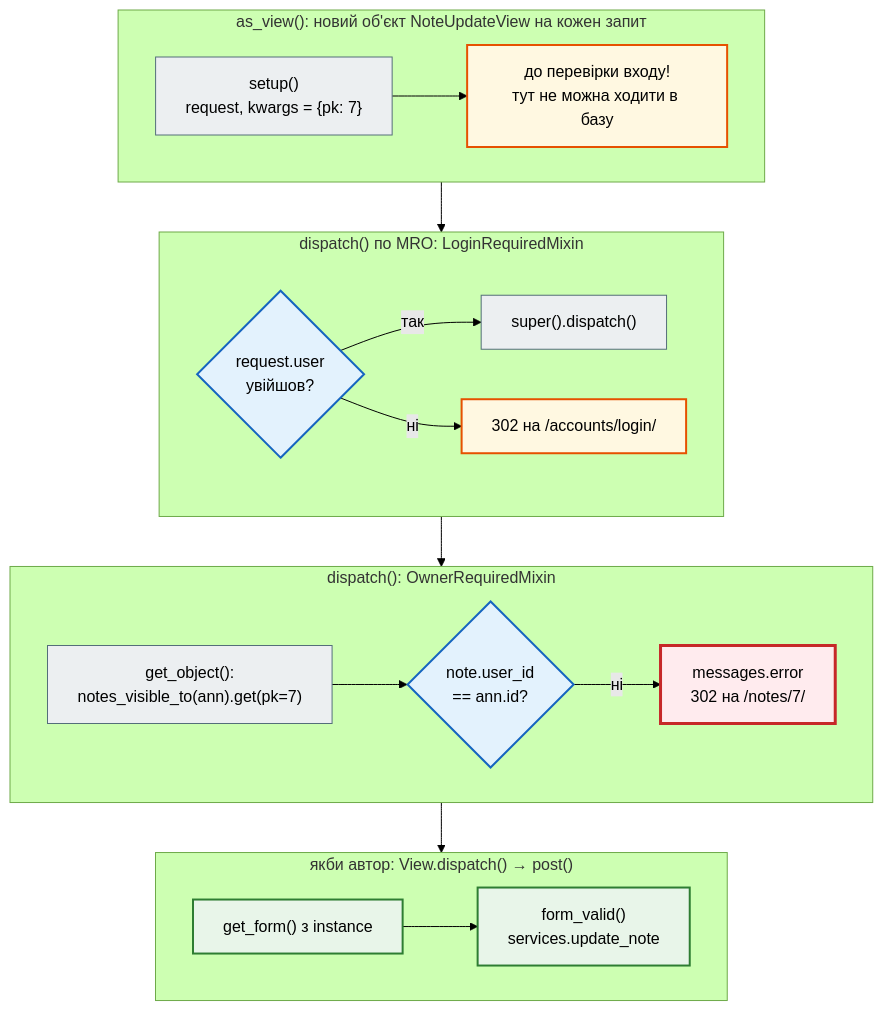
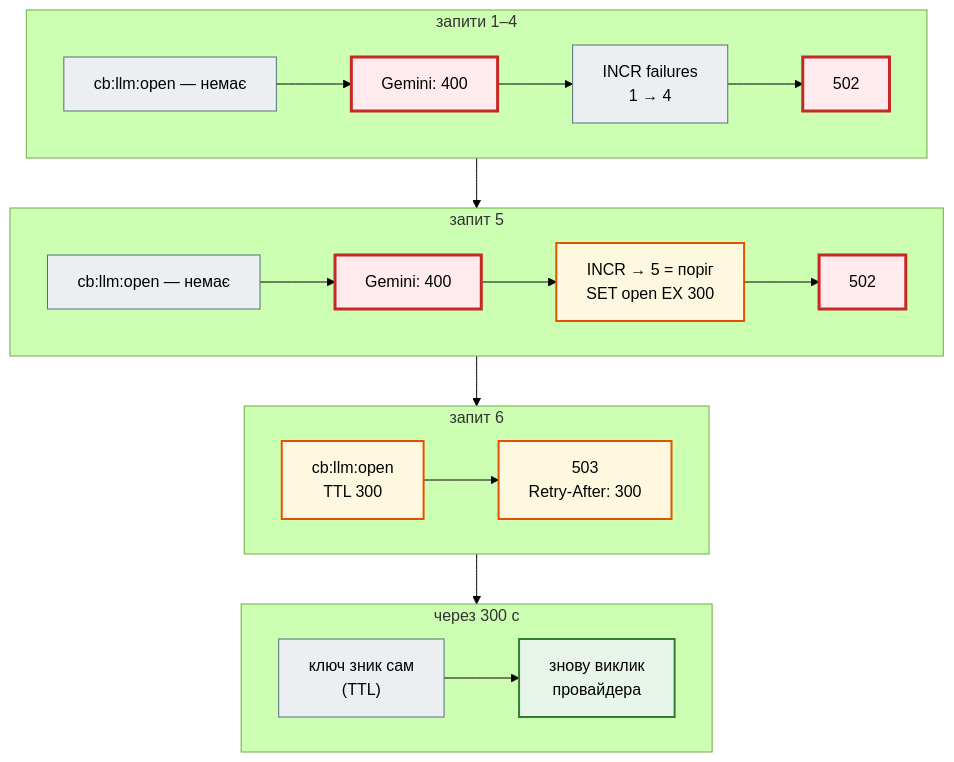
The fourth of 8 diagrams in docs/modules/m4/lesson_44.md (AlinaRadchenko/PY-Course-Victor-Nikoriak-22-09-2026), drawn with Mermaid (forest theme) before and after one commit. The commit also changed other lines of this file and 1846 other files, not shown here.

````diff
--- a/docs/modules/m4/lesson_44.md
+++ b/docs/modules/m4/lesson_44.md
@@ -337,37 +533,34 @@
 ```mermaid
 flowchart TD
     classDef step     fill:#eceff1,stroke:#546e7a,stroke-width:1px;
     classDef decision fill:#e3f2fd,stroke:#1565c0,stroke-width:2px;
     classDef success  fill:#e8f5e9,stroke:#2e7d32,stroke-width:2px;
     classDef error    fill:#ffebee,stroke:#c62828,stroke-width:3px;
     classDef warning  fill:#fff8e1,stroke:#e65100,stroke-width:2px;
 
-    subgraph S1["as_view(): новий об'єкт NoteUpdateView на кожен запит"]
+    subgraph Q1["запити 1–4"]
         direction LR
-        a1["setup()<br>request, kwargs = {pk: 7}"] --> a2["до перевірки входу!<br>тут не можна ходити в базу"]
+        c1["cb:llm:open — немає"] --> g1["Gemini: 400"] --> f1["INCR failures<br>1 → 4"] --> r1["502"]
     end
-    subgraph S2["dispatch() по MRO: LoginRequiredMixin"]
+    subgraph Q5["запит 5"]
         direction LR
-        b1{"request.user<br>увійшов?"} -- так --> b2["super().dispatch()"]
-        b1 -- ні --> b3["302 на /accounts/login/"]
+        c5["cb:llm:open — немає"] --> g5["Gemini: 400"] --> f5["INCR → 5 = поріг<br>SET open EX 300"] --> r5["502"]
     end
-    subgraph S3["dispatch(): OwnerRequiredMixin"]
+    subgraph Q6["запит 6"]
         direction LR
-        c1["get_object():<br>notes_visible_to(ann).get(pk=7)"] --> c2{"note.user_id<br>== ann.id?"}
-        c2 -- ні --> c3["messages.error<br>302 на /notes/7/"]
+        c6["cb:llm:open<br>TTL 300"] --> r6["503<br>Retry-After: 300"]
     end
-    subgraph S4["якби автор: View.dispatch() → post()"]
+    subgraph Q7["через 300 с"]
         direction LR
-        d1["get_form() з instance"] --> d2["form_valid()<br>services.update_note"]
+        c7["ключ зник сам<br>(TTL)"] --> r7["знову виклик<br>провайдера"]
     end
 
-    S1 --> S2 --> S3 --> S4
+    Q1 --> Q5 --> Q6 --> Q7
 
-    class a1 step
-    class a2 warning
-    class b1,c2 decision
-    class b2,c1 step
-    class b3 warning
-    class c3 error
-    class d1,d2 success
+    class c1,c5,c7 step
+    class g1,g5,r1,r5 error
+    class f1 step
+    class f5,c6 warning
+    class r6 warning
+    class r7 success
 ```
````
